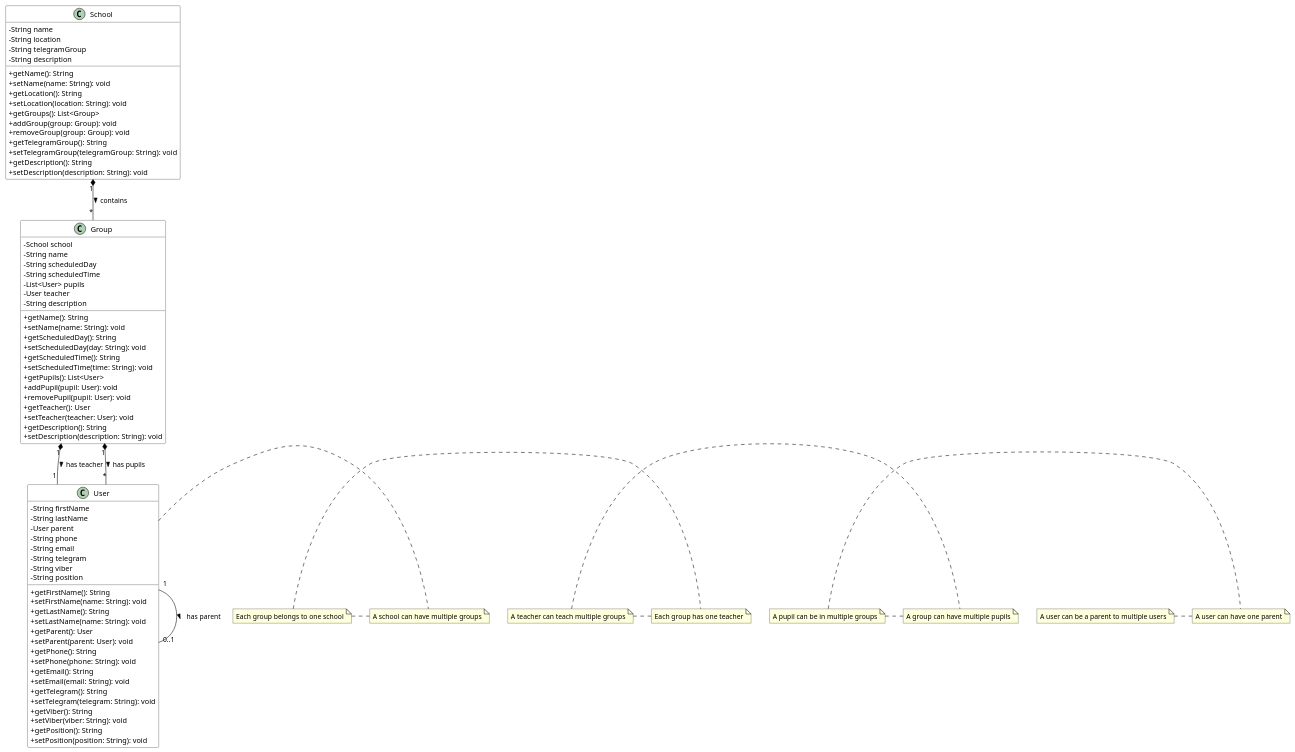
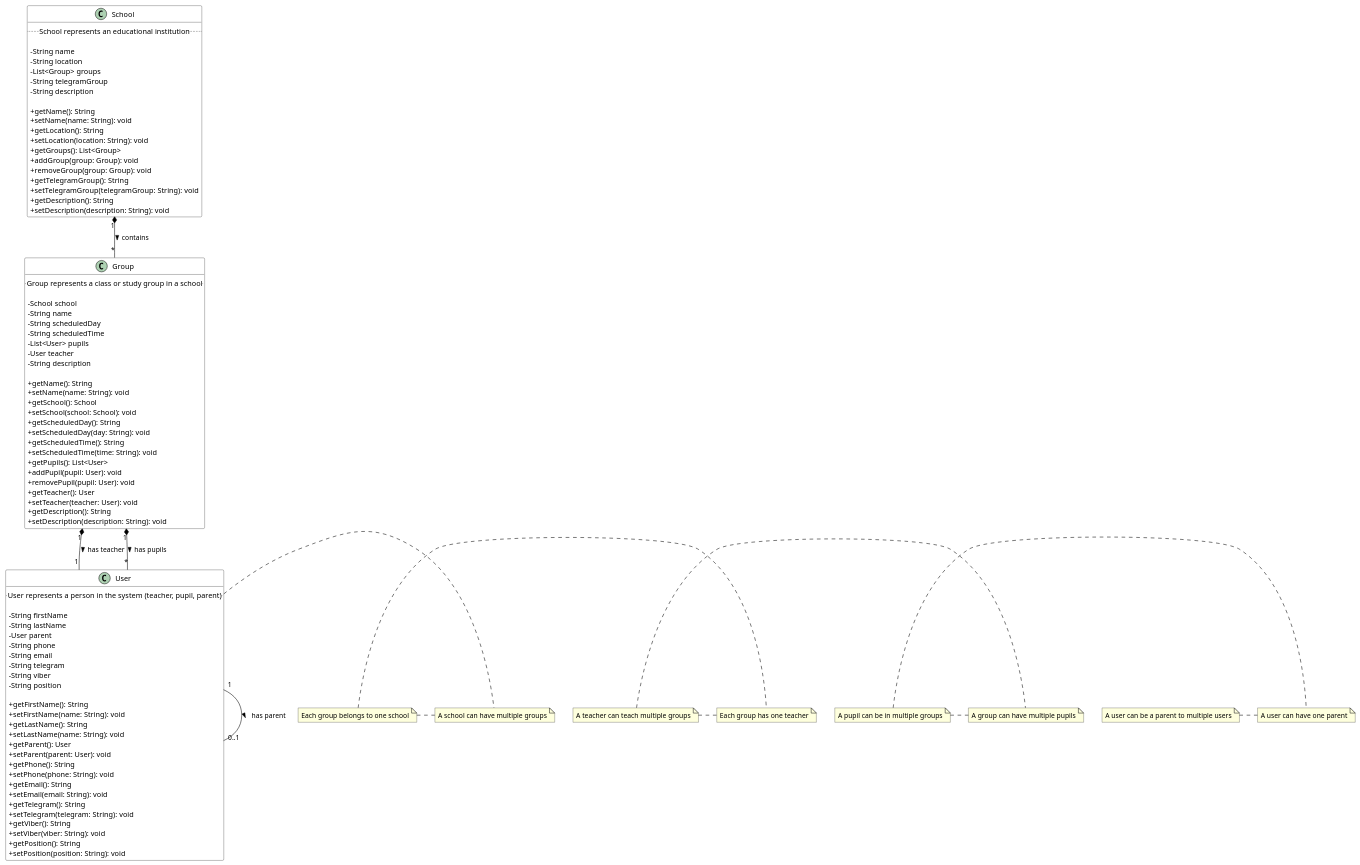
Before and after one commit to nick-barban/roboroxtestbot: the diagram in school.puml, drawn with PlantUML. The commit also changed 1 other file, not shown here.

Commit message:
RRTB-10: Update UML diagram with improved documentation and organization

```diff
--- a/school.puml
+++ b/school.puml
@@ -1,97 +1,118 @@
 @startuml School Structure
 
 ' Style settings
 skinparam classAttributeIconSize 0
 skinparam class {
     BackgroundColor White
     ArrowColor Black
     BorderColor Black
 }
 
 ' Class definitions with documentation
 class School {
+    ' Documentation
+    .. School represents an educational institution ..
+    
+    ' Attributes
     - String name
     - String location
+    - List<Group> groups
     - String telegramGroup
     - String description
+    
+    ' Methods
     + getName(): String
     + setName(name: String): void
     + getLocation(): String
     + setLocation(location: String): void
     + getGroups(): List<Group>
     + addGroup(group: Group): void
     + removeGroup(group: Group): void
     + getTelegramGroup(): String
     + setTelegramGroup(telegramGroup: String): void
     + getDescription(): String
     + setDescription(description: String): void
 }
 
 class Group {
+    ' Documentation
+    .. Group represents a class or study group in a school ..
+    
+    ' Attributes
     - School school
     - String name
     - String scheduledDay
     - String scheduledTime
     - List<User> pupils
     - User teacher
     - String description
+    
+    ' Methods
     + getName(): String
     + setName(name: String): void
+    + getSchool(): School
+    + setSchool(school: School): void
     + getScheduledDay(): String
     + setScheduledDay(day: String): void
     + getScheduledTime(): String
     + setScheduledTime(time: String): void
     + getPupils(): List<User>
     + addPupil(pupil: User): void
     + removePupil(pupil: User): void
     + getTeacher(): User
     + setTeacher(teacher: User): void
     + getDescription(): String
     + setDescription(description: String): void
 }
 
 class User {
+    ' Documentation
+    .. User represents a person in the system (teacher, pupil, parent) ..
+    
+    ' Attributes
     - String firstName
     - String lastName
     - User parent
     - String phone
     - String email
     - String telegram
     - String viber
     - String position
+    
+    ' Methods
     + getFirstName(): String
     + setFirstName(name: String): void
     + getLastName(): String
     + setLastName(name: String): void
     + getParent(): User
     + setParent(parent: User): void
     + getPhone(): String
     + setPhone(phone: String): void
     + getEmail(): String
     + setEmail(email: String): void
     + getTelegram(): String
     + setTelegram(telegram: String): void
     + getViber(): String
     + setViber(viber: String): void
     + getPosition(): String
     + setPosition(position: String): void
 }
 
 ' Relationships with documentation
 School "1" *-- "*" Group : contains >
 note right: A school can have multiple groups
 note left: Each group belongs to one school
 
 Group "1" *-- "1" User : has teacher >
 note right: Each group has one teacher
 note left: A teacher can teach multiple groups
 
 Group "1" *-- "*" User : has pupils >
 note right: A group can have multiple pupils
 note left: A pupil can be in multiple groups
 
 User "1" -- "0..1" User : has parent >
 note right: A user can have one parent
 note left: A user can be a parent to multiple users
 
 @enduml 
```
